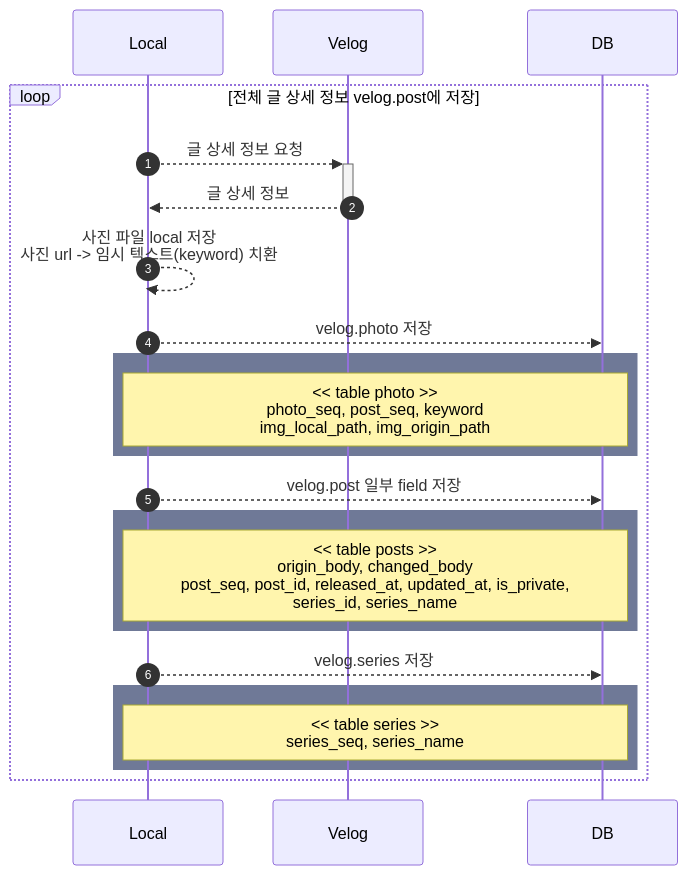
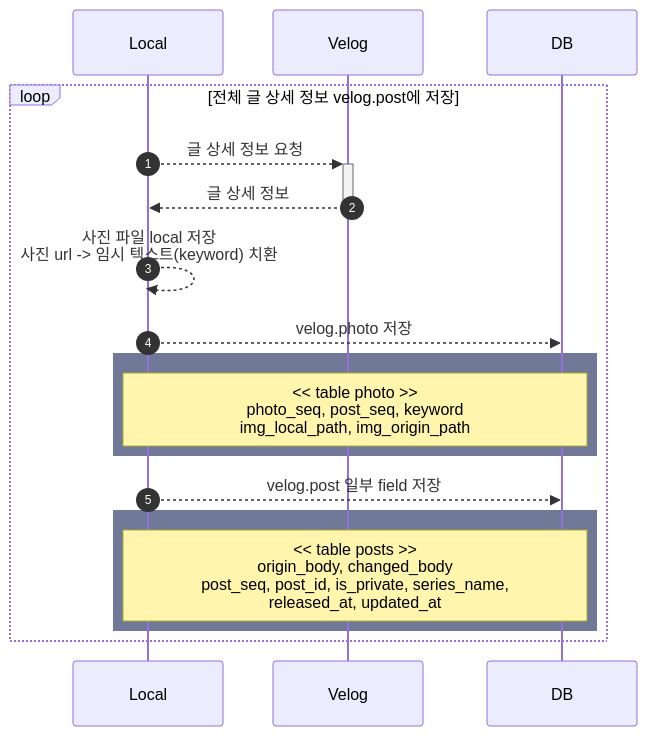
Before and after one commit to zhyun-project/move-from-velog-to-tistory: the diagram in move/docs/velog/post_detail.mermaid, drawn with Mermaid. The commit also changed 1 other file, not shown here.

```diff
--- a/move/docs/velog/post_detail.mermaid
+++ b/move/docs/velog/post_detail.mermaid
@@ -1,19 +1,15 @@
 sequenceDiagram
     autonumber
     loop 전체 글 상세 정보 velog.post에 저장
         Local -->> +Velog: 글 상세 정보 요청
         Velog -->> -Local: 글 상세 정보
         Local -->> Local: 사진 파일 local 저장<br>사진 url -> 임시 텍스트(keyword) 치환
         Local -->> DB: velog.photo 저장
         rect rgb(111, 121, 151)
             Note over Local , DB: << table photo >><br>photo_seq, post_seq, keyword<br>img_local_path, img_origin_path
         end
         Local -->> DB: velog.post 일부 field 저장
         rect rgb(111, 121, 151)
-            Note over Local , DB: << table posts >><br>origin_body, changed_body<br>post_seq, post_id, released_at, updated_at, is_private,<br>series_id, series_name
-        end
-        Local -->> DB: velog.series 저장
-        rect rgb(111, 121, 151)
-            Note over Local , DB: << table series >><br>series_seq, series_name
+            Note over Local , DB: << table posts >><br>origin_body, changed_body<br>post_seq, post_id, is_private, series_name,<br> released_at, updated_at
         end
     end
```
